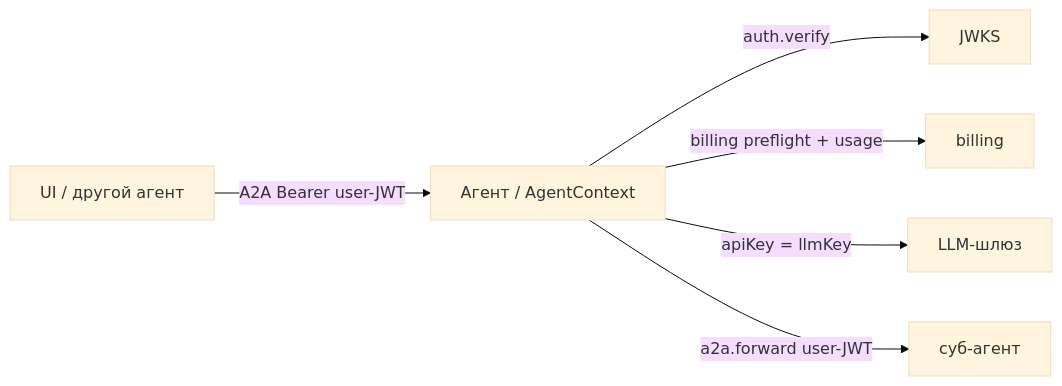
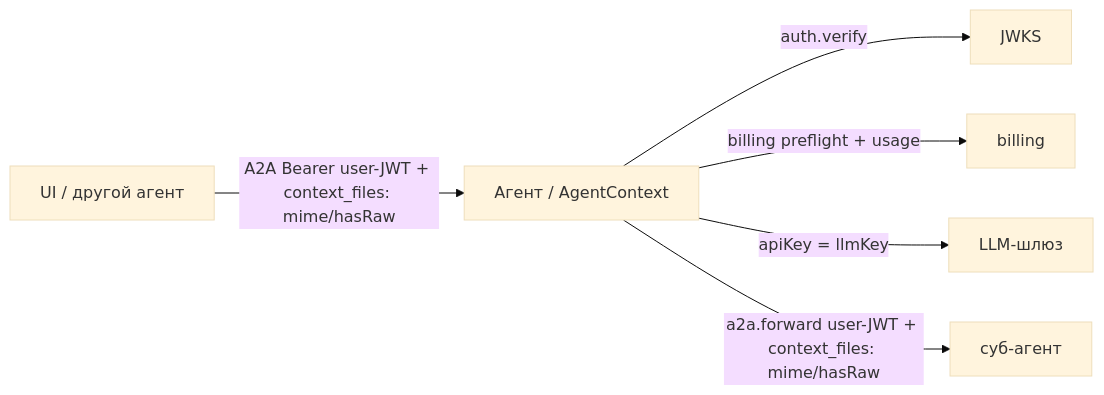
One commit to AI-37/ai37-agent-sdk changed the first of 6 diagrams in README.md. Above: the diagram before and after it, drawn with Mermaid (base theme). The commit also changed other lines of this file, not shown here.

````diff
--- a/README.md
+++ b/README.md
@@ -43,8 +45,8 @@
 ```mermaid
 flowchart LR
-  C[UI / другой агент] -->|A2A Bearer user-JWT| AG[Агент / AgentContext]
+  C[UI / другой агент] -->|A2A Bearer user-JWT + context_files: mime/hasRaw| AG[Агент / AgentContext]
   AG -->|auth.verify| J[JWKS]
   AG -->|billing preflight + usage| B[billing]
   AG -->|apiKey = llmKey| L[LLM-шлюз]
-  AG -->|a2a.forward user-JWT| S[суб-агент]
+  AG -->|a2a.forward user-JWT + context_files: mime/hasRaw| S[суб-агент]
 ```
````
